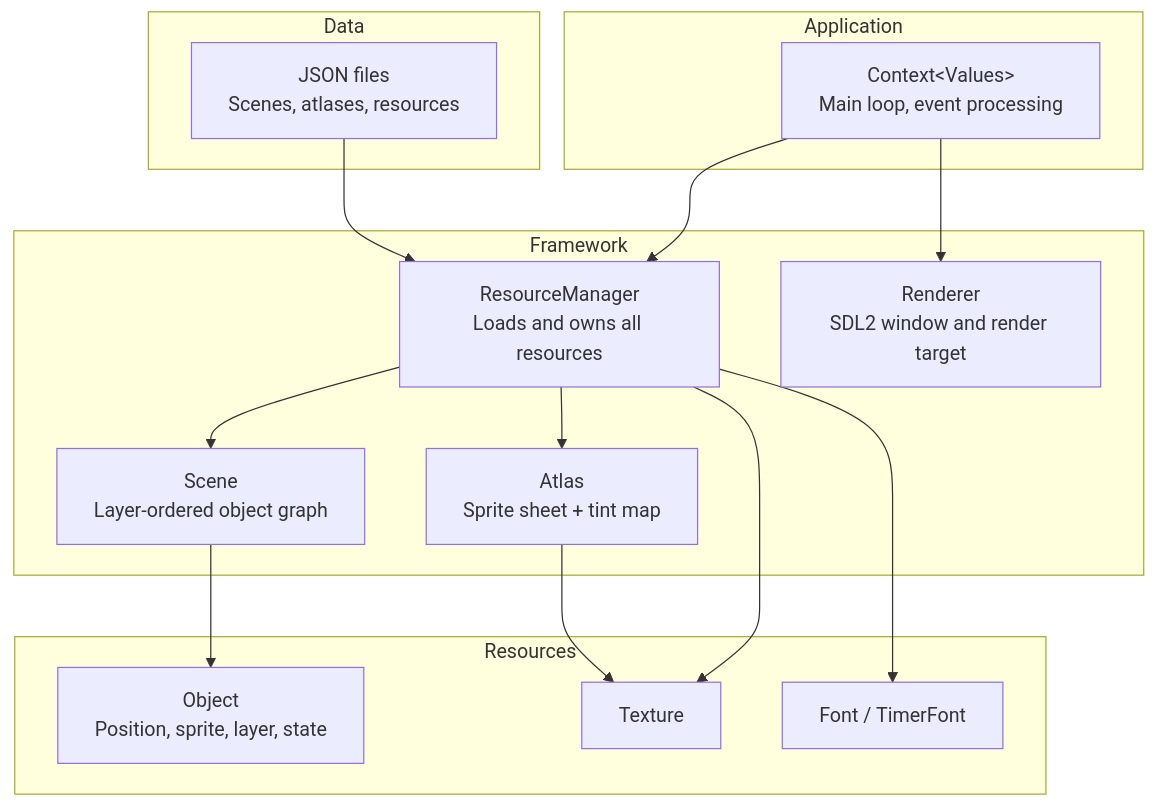
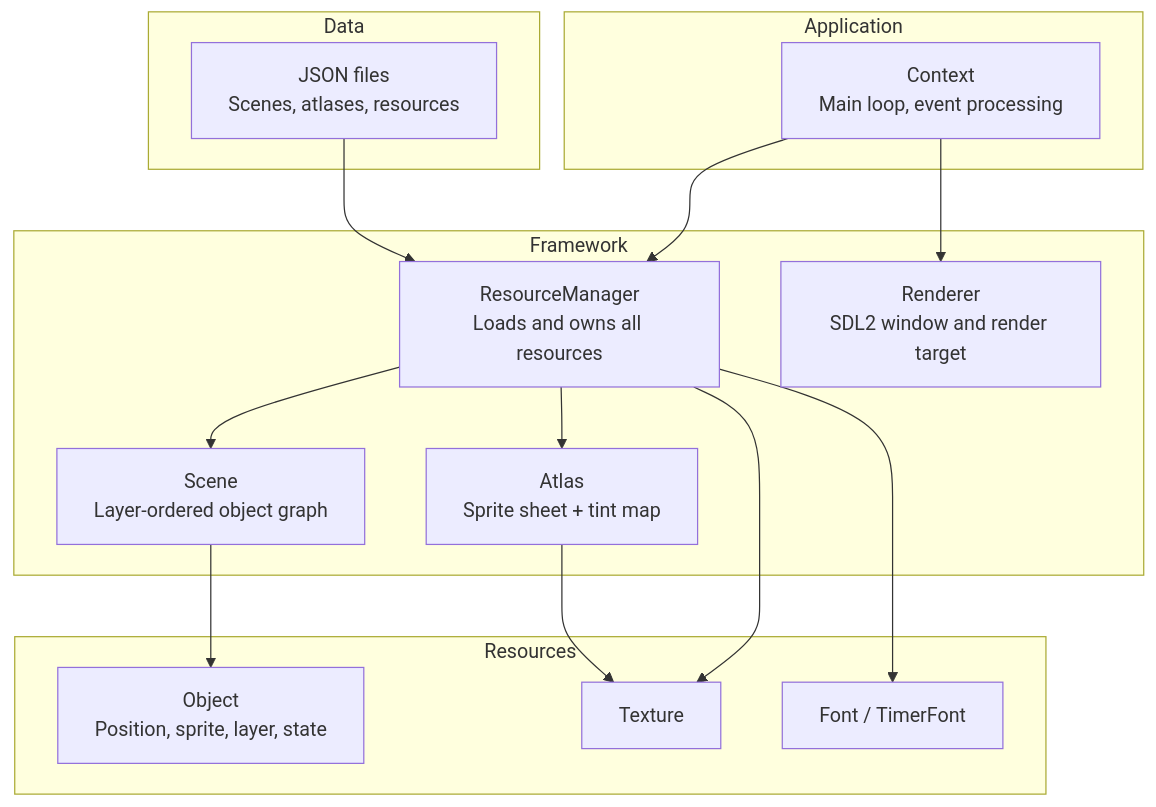
Before and after one commit to cschladetsch/CppGambit: the first of 2 diagrams in Readme.md, drawn with Mermaid.

Commit message:
Fix Readme: remove HTML-escaped angle brackets

````diff
--- a/Readme.md
+++ b/Readme.md
@@ -11,33 +11,33 @@
 ```mermaid
 graph TD
     subgraph Application
-        CTX["Context&lt;Values&gt;\nMain loop, event processing"]
+        CTX["Context\nMain loop, event processing"]
     end
 
     subgraph Framework
         RM["ResourceManager\nLoads and owns all resources"]
         REN["Renderer\nSDL2 window and render target"]
         SCN["Scene\nLayer-ordered object graph"]
         ATL["Atlas\nSprite sheet + tint map"]
     end
 
     subgraph Resources
         TEX["Texture"]
         FNT["Font / TimerFont"]
         OBJ["Object\nPosition, sprite, layer, state"]
     end
 
     subgraph Data
         JSON["JSON files\nScenes, atlases, resources"]
     end
 
     CTX --> RM
     CTX --> REN
     RM --> SCN
     RM --> ATL
     RM --> TEX
     RM --> FNT
     SCN --> OBJ
     ATL --> TEX
     JSON --> RM
 ```
````
